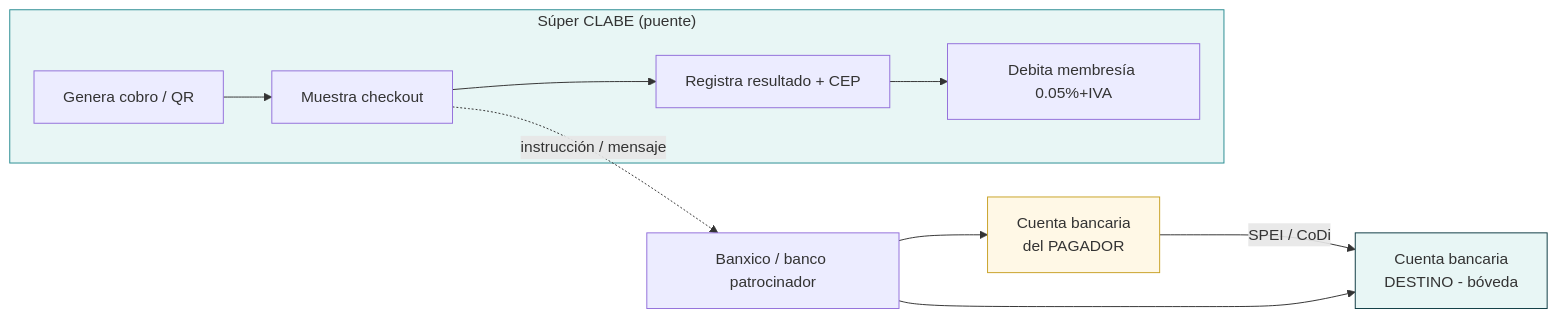
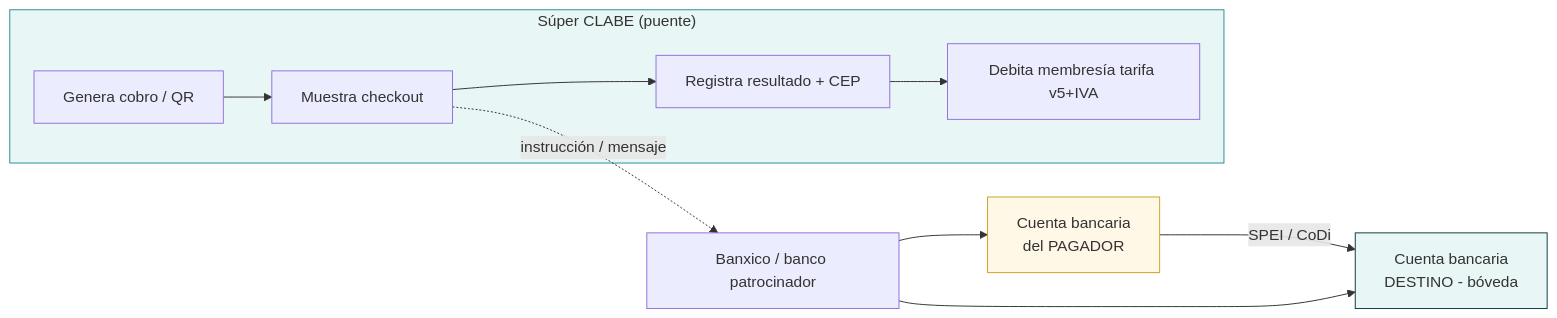
The second of 15 diagrams in docs/DOCUMENTACION-SISTEMA-COMPLETA.md (Spotynet/superclabe), drawn with Mermaid before and after one commit. The commit also changed other lines of this file and 31 other files, not shown here.

````diff
--- a/docs/DOCUMENTACION-SISTEMA-COMPLETA.md
+++ b/docs/DOCUMENTACION-SISTEMA-COMPLETA.md
@@ -123,19 +123,19 @@
 ```mermaid
 flowchart LR
   subgraph App["Súper CLABE (puente)"]
     A[Genera cobro / QR]
     B[Muestra checkout]
     C[Registra resultado + CEP]
-    D[Debita membresía 0.05%+IVA]
+    D[Debita membresía tarifa v5+IVA]
   end
 
   P[Cuenta bancaria<br/>del PAGADOR] -->|SPEI / CoDi| R[Cuenta bancaria<br/>DESTINO - bóveda]
   B -.->|instrucción / mensaje| Banxico[Banxico / banco patrocinador]
   Banxico --> P
   Banxico --> R
   A --> B --> C --> D
 
   style App fill:#e8f6f5,stroke:#2A8D92
   style P fill:#fff8e6,stroke:#c9a227
   style R fill:#e8f6f5,stroke:#0E3B43
 ```
````
